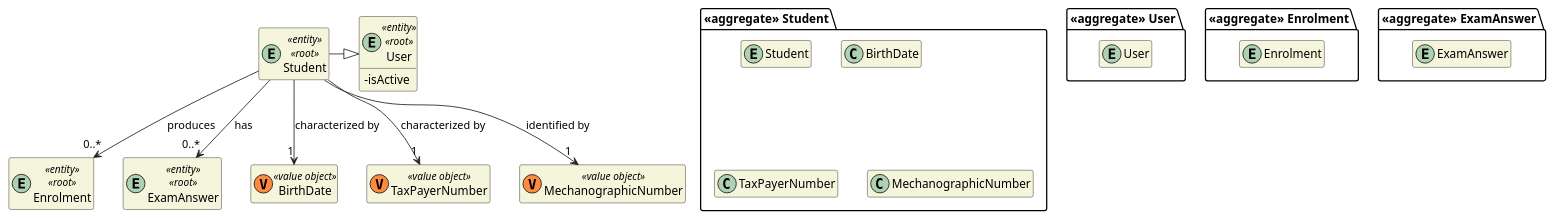
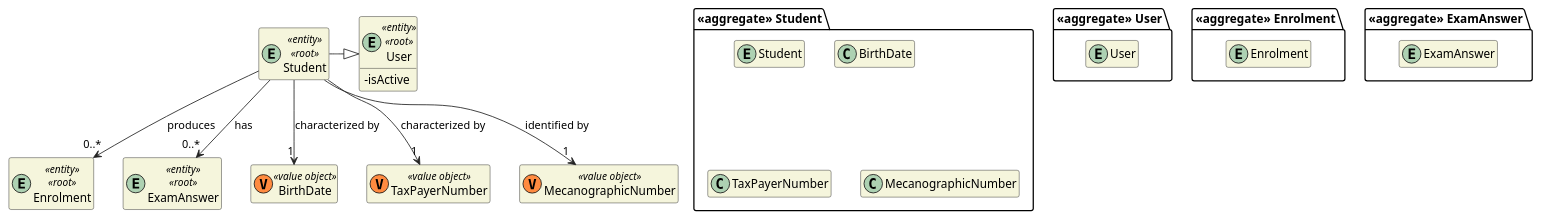
The diagram in docs/dm/DM_Student.puml (miseEnPlace-dev/lapr4), drawn with PlantUML before and after one commit. The commit also changed 1 other file, not shown here.

```diff
--- a/docs/dm/DM_Student.puml
+++ b/docs/dm/DM_Student.puml
@@ -1,57 +1,57 @@
 @startuml DM-STUDENT
 'https://plantuml.com/class-diagram
 
 skinparam classAttributeIconSize 0
 hide empty attributes
 hide empty methods
 skinparam classBackgroundColor beige
 skinparam ArrowColor #222222
 
 package "<<aggregate>> User" {
     entity User
 }
 
 entity User <<entity>> <<root>> {
   - isActive
 }
 
 package "<<aggregate>> Enrolment" {
   entity Enrolment
 }
 
 entity Enrolment <<entity>> <<root>> {
 }
 
 package "<<aggregate>> ExamAnswer" {
   entity ExamAnswer
 }
 
 entity ExamAnswer <<entity>> <<root>> {
 }
 
 package "<<aggregate>> Student" {
   entity Student
 
   class BirthDate
   class TaxPayerNumber
-  class MechanographicNumber
+  class MecanographicNumber
 }
 
 entity Student <<entity>> <<root>> {
 }
 
 class BirthDate <<(V,#FF8B40) value object>> {}
 class TaxPayerNumber <<(V,#FF8B40) value object>> {}
-class MechanographicNumber <<(V,#FF8B40) value object>> {}
+class MecanographicNumber <<(V,#FF8B40) value object>> {}
 
 Student --> "1" BirthDate : characterized by
 Student --> "1" TaxPayerNumber : characterized by
-Student --> "1" MechanographicNumber : identified by
+Student --> "1" MecanographicNumber : identified by
 
 Student -|> User
 
 Student --> "0..*" Enrolment : produces
 
 Student --> "0..*" ExamAnswer : has
 
 @enduml
```
